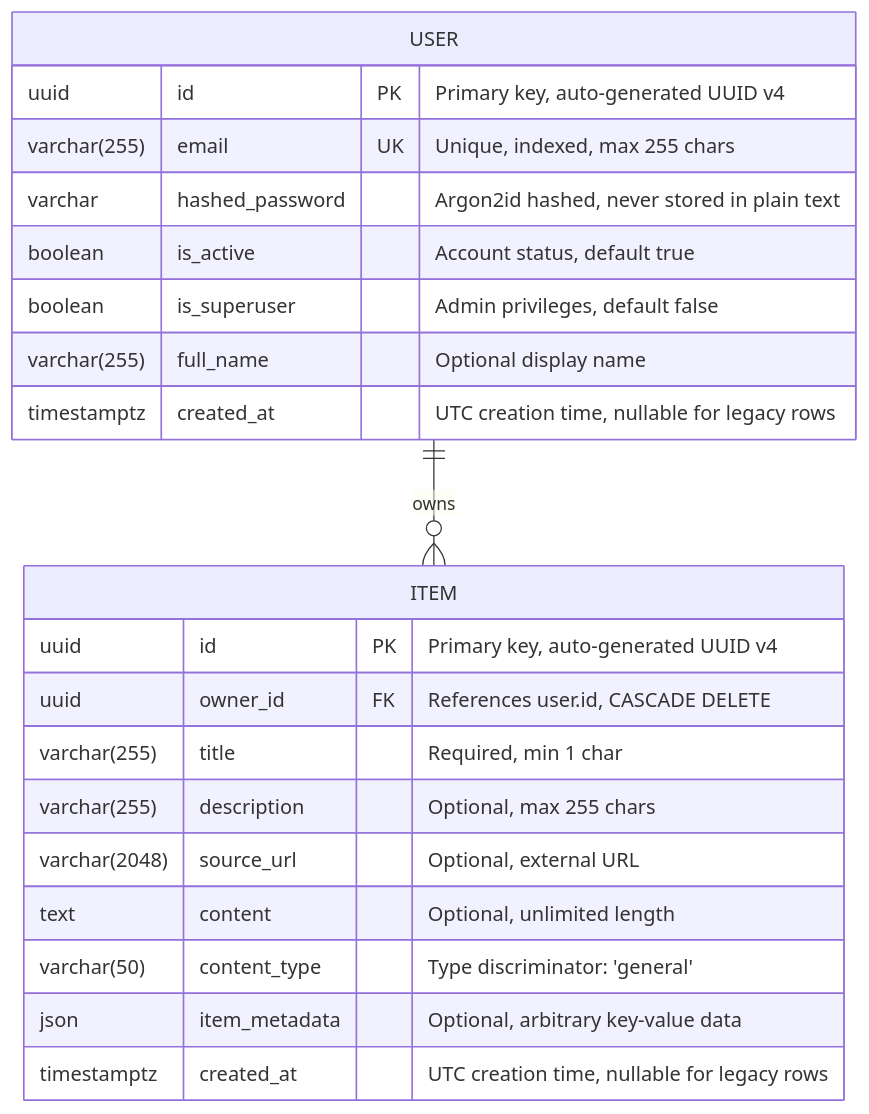
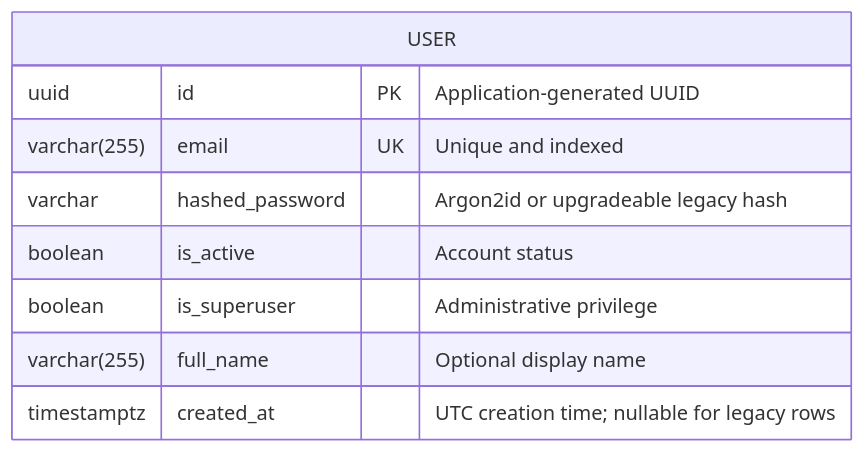
The diagram in docs/database/SCHEMA.md (moshehbenavraham/txt2crs), drawn with Mermaid before and after one commit. The commit also changed other lines of this file and 58 other files, not shown here.

First line of the commit message:
Complete phase03-session03-account-purge-and-donor-retirement (backend): coordinate owner erasure

````diff
--- a/docs/database/SCHEMA.md
+++ b/docs/database/SCHEMA.md
@@ -7,24 +16,12 @@
 ```mermaid
 erDiagram
-    USER ||--o{ ITEM : owns
     USER {
-        uuid id PK "Primary key, auto-generated UUID v4"
-        varchar(255) email UK "Unique, indexed, max 255 chars"
-        varchar hashed_password "Argon2id hashed, never stored in plain text"
-        boolean is_active "Account status, default true"
-        boolean is_superuser "Admin privileges, default false"
+        uuid id PK "Application-generated UUID"
+        varchar(255) email UK "Unique and indexed"
+        varchar hashed_password "Argon2id or upgradeable legacy hash"
+        boolean is_active "Account status"
+        boolean is_superuser "Administrative privilege"
         varchar(255) full_name "Optional display name"
-        timestamptz created_at "UTC creation time, nullable for legacy rows"
-    }
-    ITEM {
-        uuid id PK "Primary key, auto-generated UUID v4"
-        uuid owner_id FK "References user.id, CASCADE DELETE"
-        varchar(255) title "Required, min 1 char"
-        varchar(255) description "Optional, max 255 chars"
-        varchar(2048) source_url "Optional, external URL"
-        text content "Optional, unlimited length"
-        varchar(50) content_type "Type discriminator: 'general'"
-        json item_metadata "Optional, arbitrary key-value data"
-        timestamptz created_at "UTC creation time, nullable for legacy rows"
+        timestamptz created_at "UTC creation time; nullable for legacy rows"
     }
 ```
````
